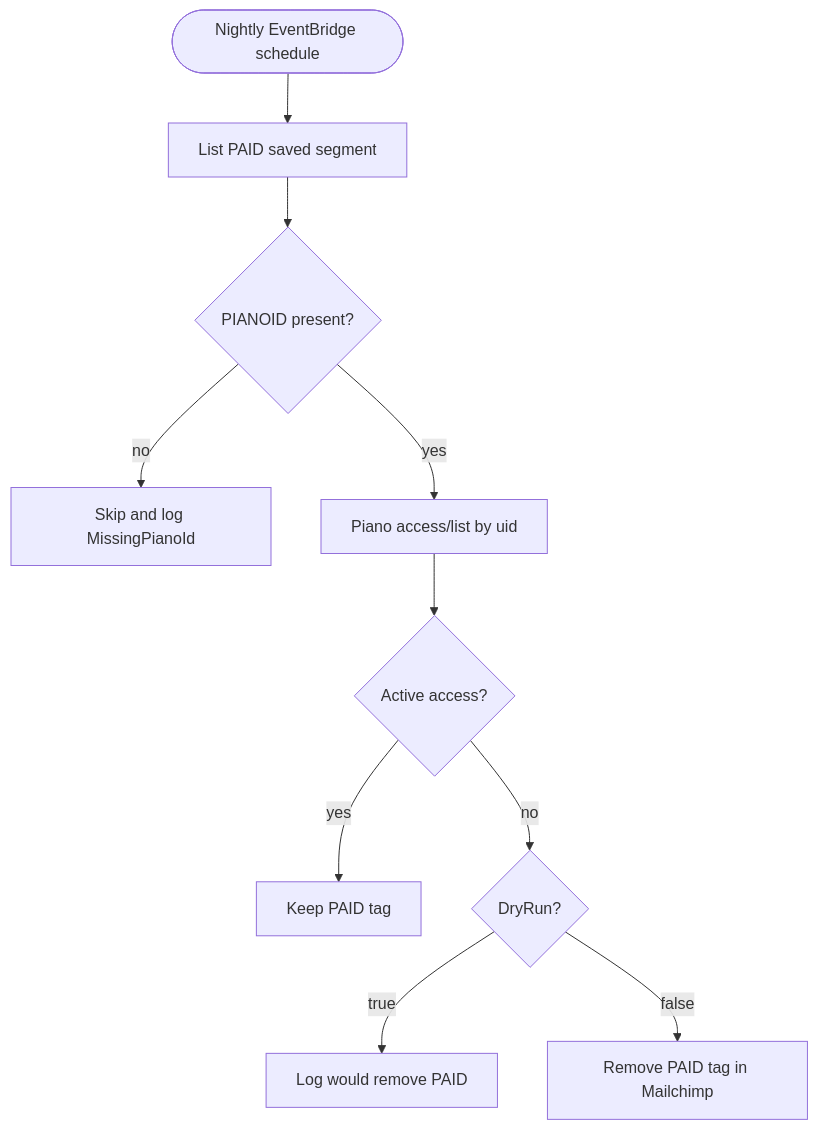
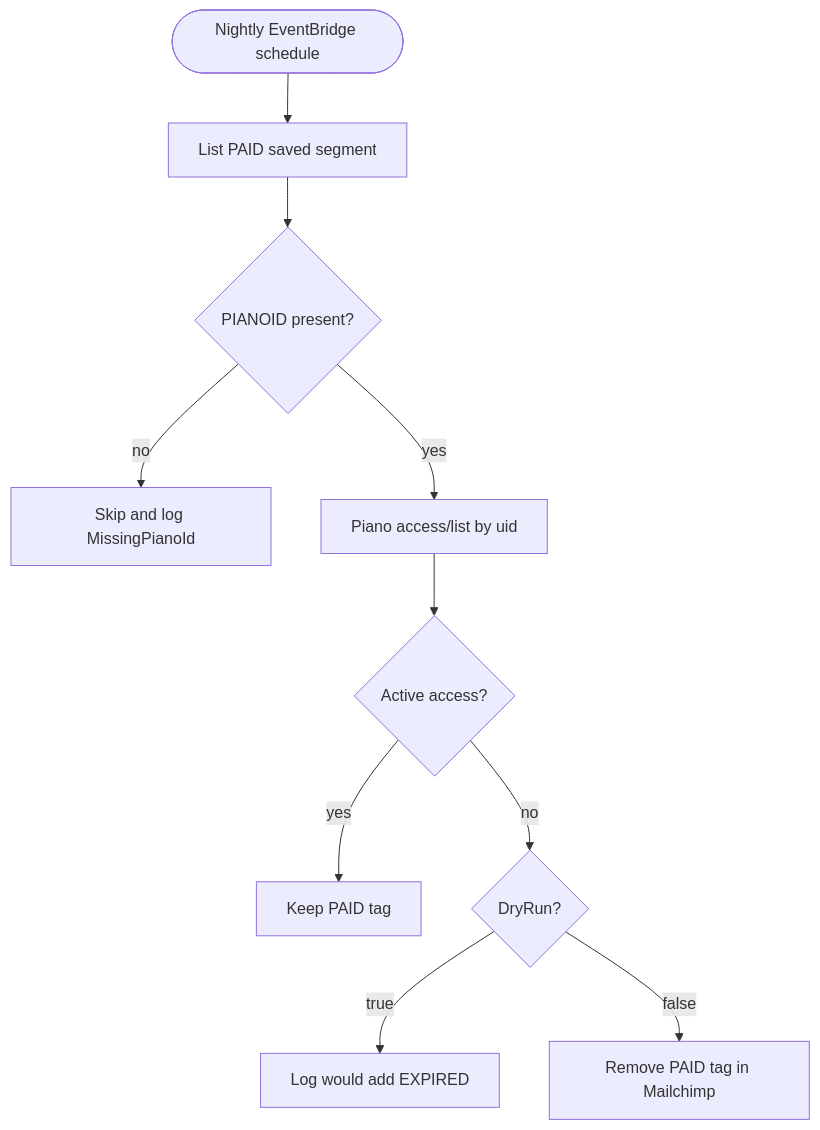
One commit to Foresight-News/piano-mailchimp-webhook changed the fourth of 5 diagrams in ARCHITECTURE.md. Above: the diagram before and after it, drawn with Mermaid. The commit also changed 6 other files, not shown here.

First line of the commit message:
Introduce 'EXPIRED' tag for lapsed Mailchimp paid access

````diff
--- a/ARCHITECTURE.md
+++ b/ARCHITECTURE.md
@@ -68,12 +68,12 @@
 ```mermaid
 flowchart TD
     Schedule([Nightly EventBridge schedule]) --> List[List PAID saved segment]
     List --> HasPianoId{PIANOID present?}
     HasPianoId -->|no| Skip[Skip and log MissingPianoId]
     HasPianoId -->|yes| Check[Piano access/list by uid]
     Check --> Active{Active access?}
     Active -->|yes| Keep[Keep PAID tag]
     Active -->|no| DryRun{DryRun?}
-    DryRun -->|true| WouldRemove[Log would remove PAID]
+    DryRun -->|true| WouldExpire[Log would add EXPIRED]
     DryRun -->|false| Remove[Remove PAID tag in Mailchimp]
 ```
````
